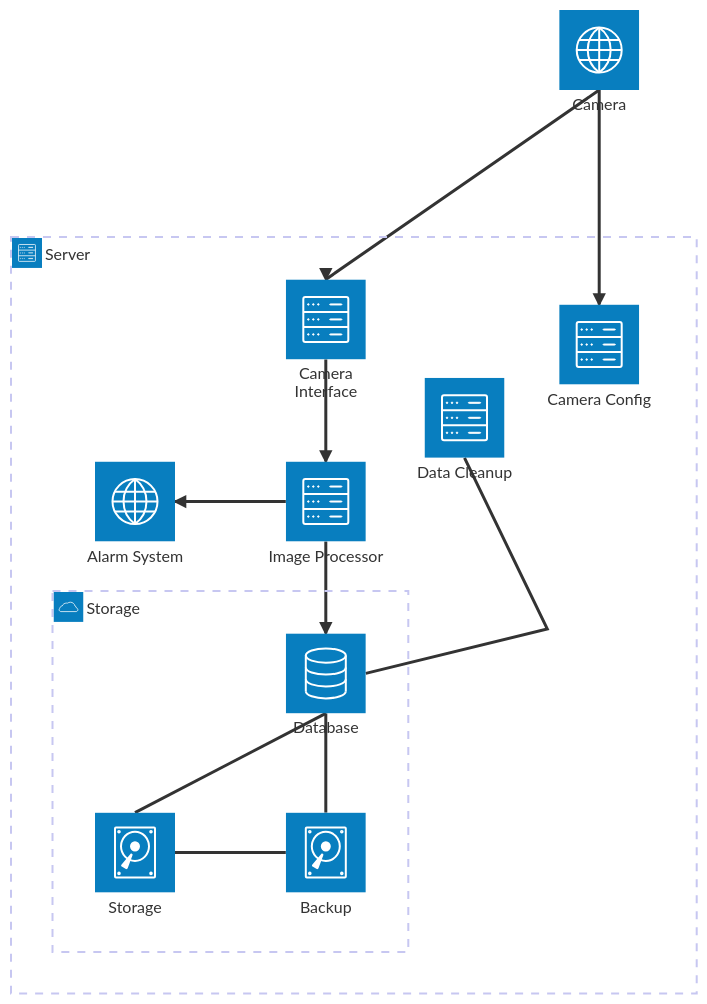
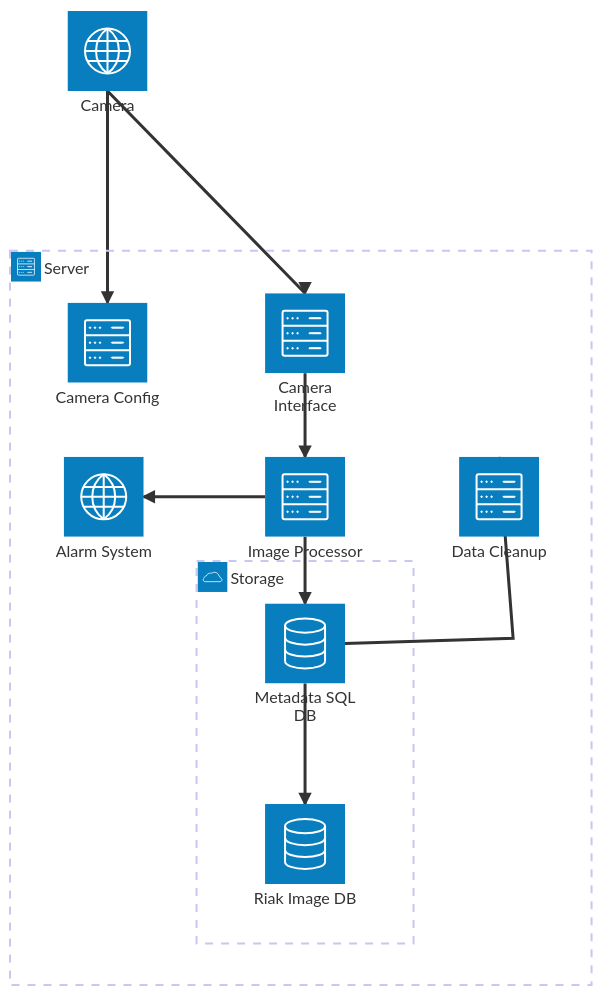
Before and after one commit to RandomBird058/CS250-F26-Group7: the diagram in Assignment 2/arch_diagram.mmd, drawn with Mermaid.

Commit message:
update arch diagram with new database structure

```diff
--- a/Assignment 2/arch_diagram.mmd
+++ b/Assignment 2/arch_diagram.mmd
@@ -1,39 +1,42 @@
 architecture-beta
     %% group api(cloud)[API]
 
-    %% service db(database)[Database] in api
+    %% service metadata(database)[Database] in api
     %% service disk1(disk)[Storage] in api
     %% service disk2(disk)[Storage] in api
     %% service server(server)[Server] in api
 
-    %% db:L -- R:server
+    %% metadata:L -- R:server
     %% disk1:T -- B:server
-    %% disk2:T -- B:db
+    %% disk2:T -- B:metadata
 
     service cam(internet)[Camera]
 
     group backend(server)[Server]
     service camService(server)[Camera Interface] in backend
     service imgReader(server)[Image Processor] in backend
     service camControl(server)[Camera Config] in backend
     service alarms(internet)[Alarm System] in backend
     service cleaner(server)[Data Cleanup] in backend
 
     group storage(cloud)[Storage] in backend
-    service db(database)[Database] in storage
-    service disk1(disk)[Storage] in storage
-    service disk2(disk)[Backup] in storage
+    service metadata(database)[Metadata SQL DB] in storage
+    service imageStore(database)[Riak Image DB] in storage
+    %% service disk1(disk)[Storage] in storage
+    %% service disk2(disk)[Backup] in storage
 
     cam:B --> T:camService
     camService:B --> T:imgReader
     imgReader:L --> R:alarms
     %% alarms:T --> B:camService
 
-    imgReader:B --> T:db
-    cleaner:B -- R:db
+    imgReader:B --> T:metadata
+    cleaner:T -- R:metadata
 
-    db:B -- T:disk1
-    db:B -- T:disk2
-    disk1:R -- L:disk2
+    metadata:B --> T:imageStore
+
+    %% metadata:B -- T:disk1
+    %% metadata:B -- T:disk2
+    %% disk1:R -- L:disk2
 
     camControl:T <-- B:cam
```
